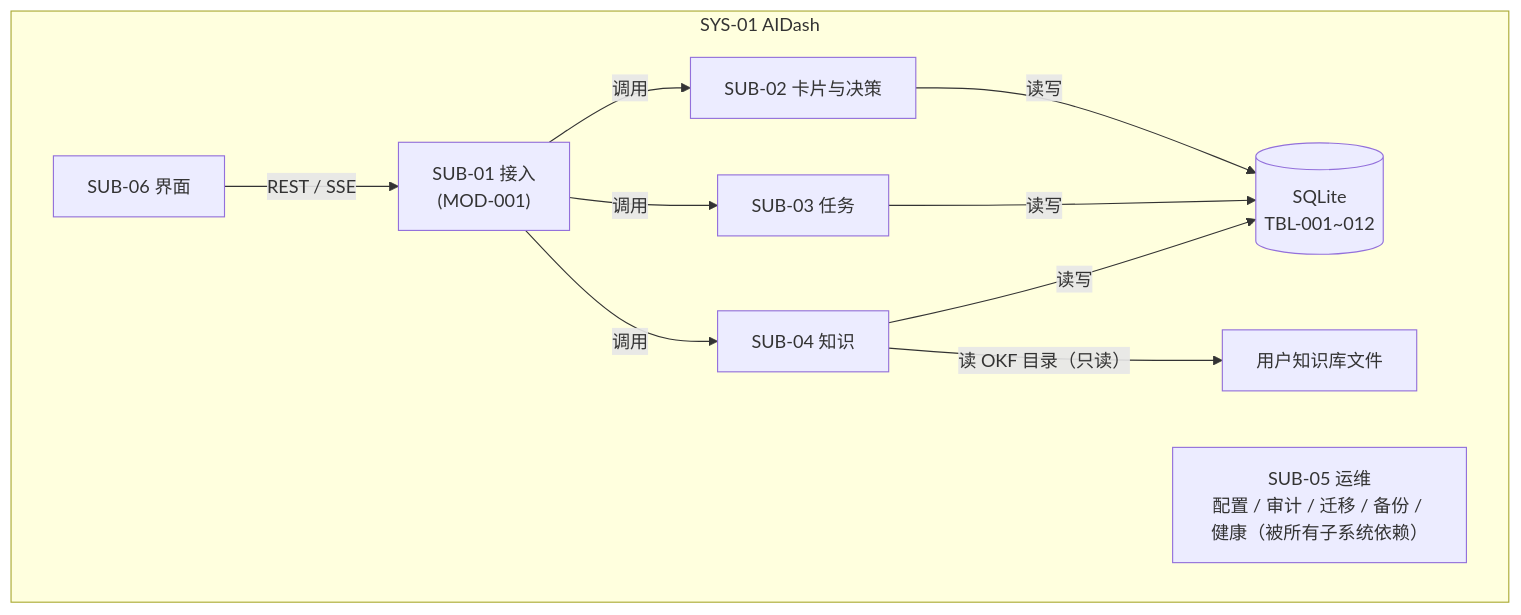
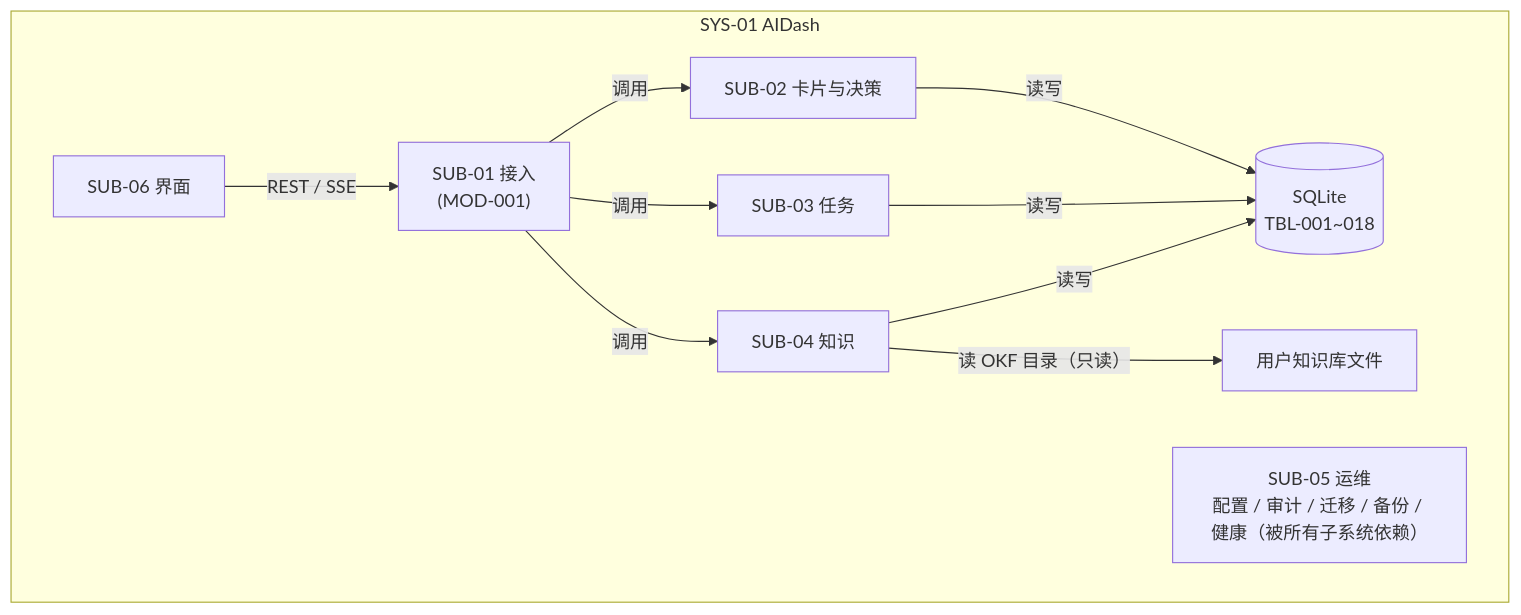
Before and after one commit to isharrrry/AIDash: the first of 5 diagrams in 30-design/设计文档包/02-系统-子系统设计说明.md, drawn with Mermaid. The commit also changed other lines of this file and 310 other files, not shown here.

````diff
--- a/30-design/设计文档包/02-系统-子系统设计说明.md
+++ b/30-design/设计文档包/02-系统-子系统设计说明.md
@@ -52,22 +52,22 @@
 ```mermaid
 flowchart TB
     subgraph SYS["SYS-01 AIDash"]
         SUB01["SUB-01 接入<br/>(MOD-001)"]
         SUB02["SUB-02 卡片与决策"]
         SUB03["SUB-03 任务"]
         SUB04["SUB-04 知识"]
         SUB06["SUB-06 界面"]
         SUB05["SUB-05 运维<br/>配置 / 审计 / 迁移 / 备份 / 健康（被所有子系统依赖）"]
-        DB[("SQLite<br/>TBL-001~012")]
+        DB[("SQLite<br/>TBL-001~018")]
         KB["用户知识库文件"]
 
         SUB06 -->|"REST / SSE"| SUB01
         SUB01 -->|"调用"| SUB02
         SUB01 -->|"调用"| SUB03
         SUB01 -->|"调用"| SUB04
         SUB02 -->|"读写"| DB
         SUB03 -->|"读写"| DB
         SUB04 -->|"读写"| DB
         SUB04 -->|"读 OKF 目录（只读）"| KB
     end
 ```
````
